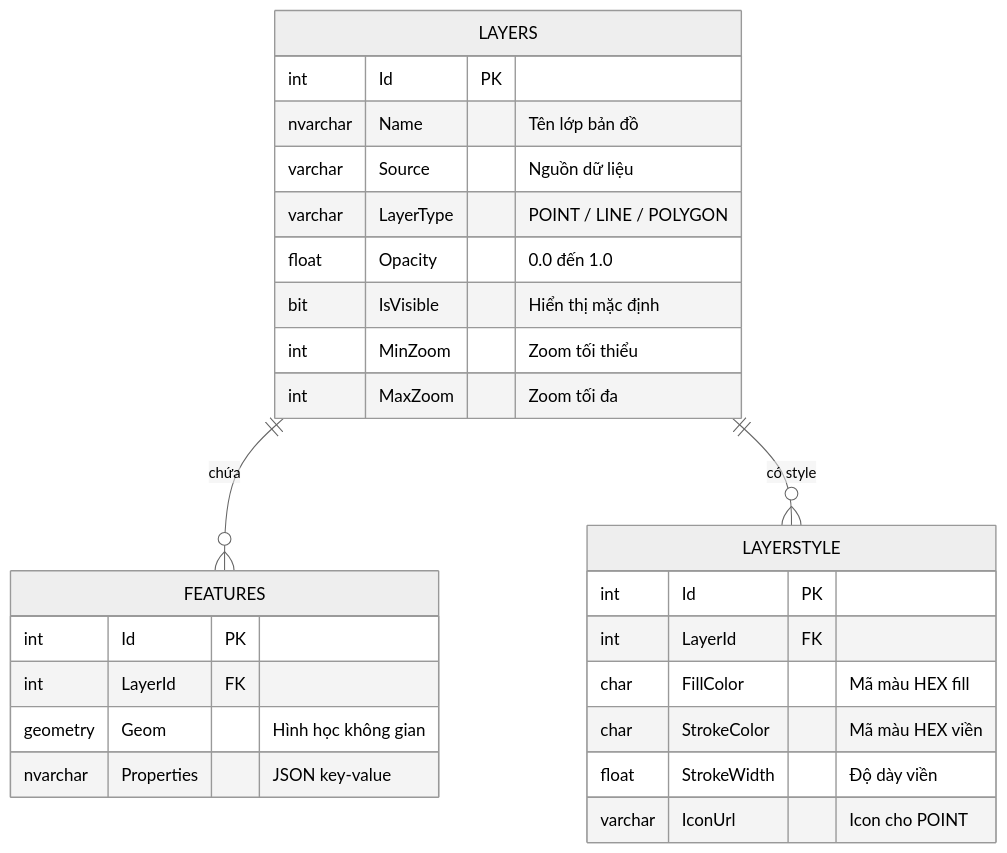
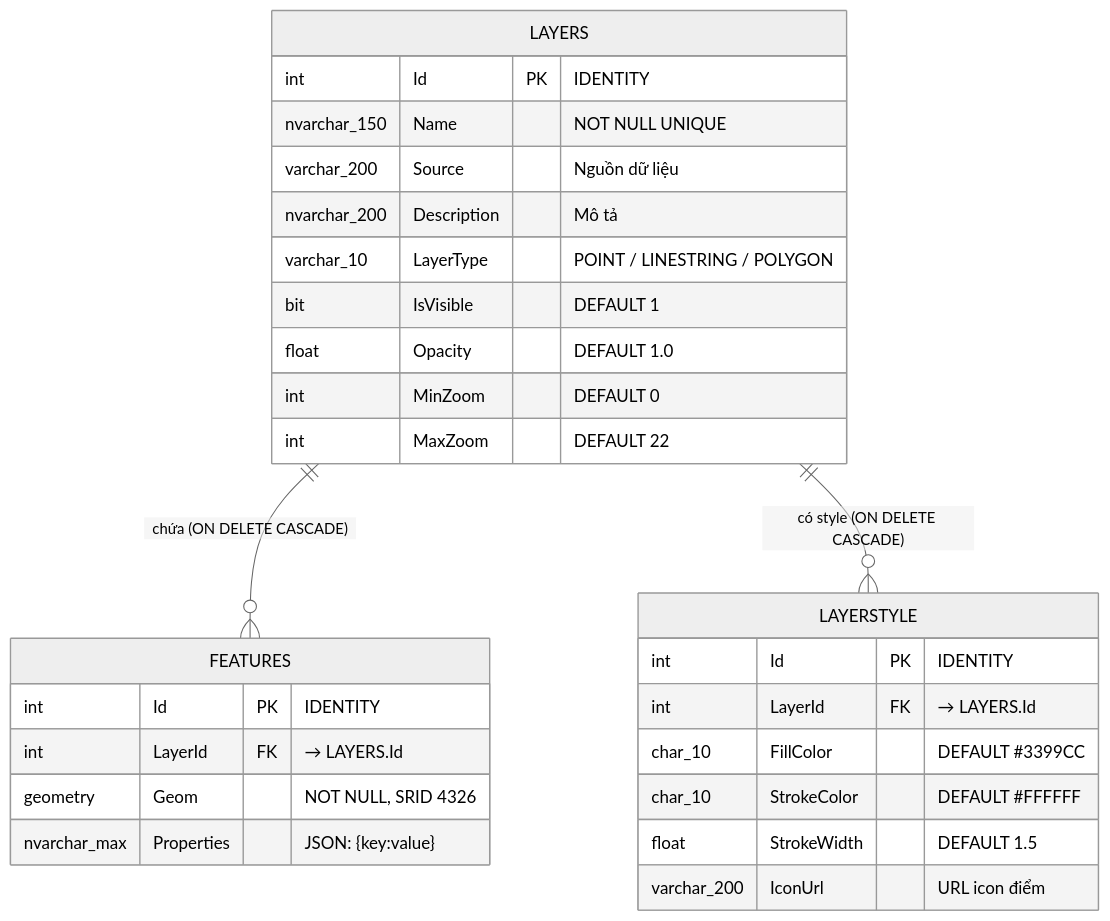
The diagram in gServer_Introduction/docs/database.md (giangvanhung/gServer_0.0.1), drawn with Mermaid (neutral theme) before and after one commit. The commit also changed other lines of this file and 14 other files, not shown here.

````diff
--- a/gServer_Introduction/docs/database.md
+++ b/gServer_Introduction/docs/database.md
@@ -5,32 +5,33 @@
 ```mermaid
 erDiagram
-    LAYERS ||--o{ FEATURES : "chứa"
-    LAYERS ||--o{ LAYERSTYLE : "có style"
+    LAYERS ||--o{ FEATURES : "chứa (ON DELETE CASCADE)"
+    LAYERS ||--o{ LAYERSTYLE : "có style (ON DELETE CASCADE)"
 
     LAYERS {
-        int Id PK
-        nvarchar Name "Tên lớp bản đồ"
-        varchar Source "Nguồn dữ liệu"
-        varchar LayerType "POINT / LINE / POLYGON"
-        float Opacity "0.0 đến 1.0"
-        bit IsVisible "Hiển thị mặc định"
-        int MinZoom "Zoom tối thiểu"
-        int MaxZoom "Zoom tối đa"
+        int Id PK "IDENTITY"
+        nvarchar_150 Name "NOT NULL UNIQUE"
+        varchar_200 Source "Nguồn dữ liệu"
+        nvarchar_200 Description "Mô tả"
+        varchar_10 LayerType "POINT / LINESTRING / POLYGON"
+        bit IsVisible "DEFAULT 1"
+        float Opacity "DEFAULT 1.0"
+        int MinZoom "DEFAULT 0"
+        int MaxZoom "DEFAULT 22"
     }
 
     FEATURES {
-        int Id PK
-        int LayerId FK
-        geometry Geom "Hình học không gian"
-        nvarchar Properties "JSON key-value"
+        int Id PK "IDENTITY"
+        int LayerId FK "→ LAYERS.Id"
+        geometry Geom "NOT NULL, SRID 4326"
+        nvarchar_max Properties "JSON: {key:value}"
     }
 
     LAYERSTYLE {
-        int Id PK
-        int LayerId FK
-        char FillColor "Mã màu HEX fill"
-        char StrokeColor "Mã màu HEX viền"
-        float StrokeWidth "Độ dày viền"
-        varchar IconUrl "Icon cho POINT"
+        int Id PK "IDENTITY"
+        int LayerId FK "→ LAYERS.Id"
+        char_10 FillColor "DEFAULT #3399CC"
+        char_10 StrokeColor "DEFAULT #FFFFFF"
+        float StrokeWidth "DEFAULT 1.5"
+        varchar_200 IconUrl "URL icon điểm"
     }
 ```
````
